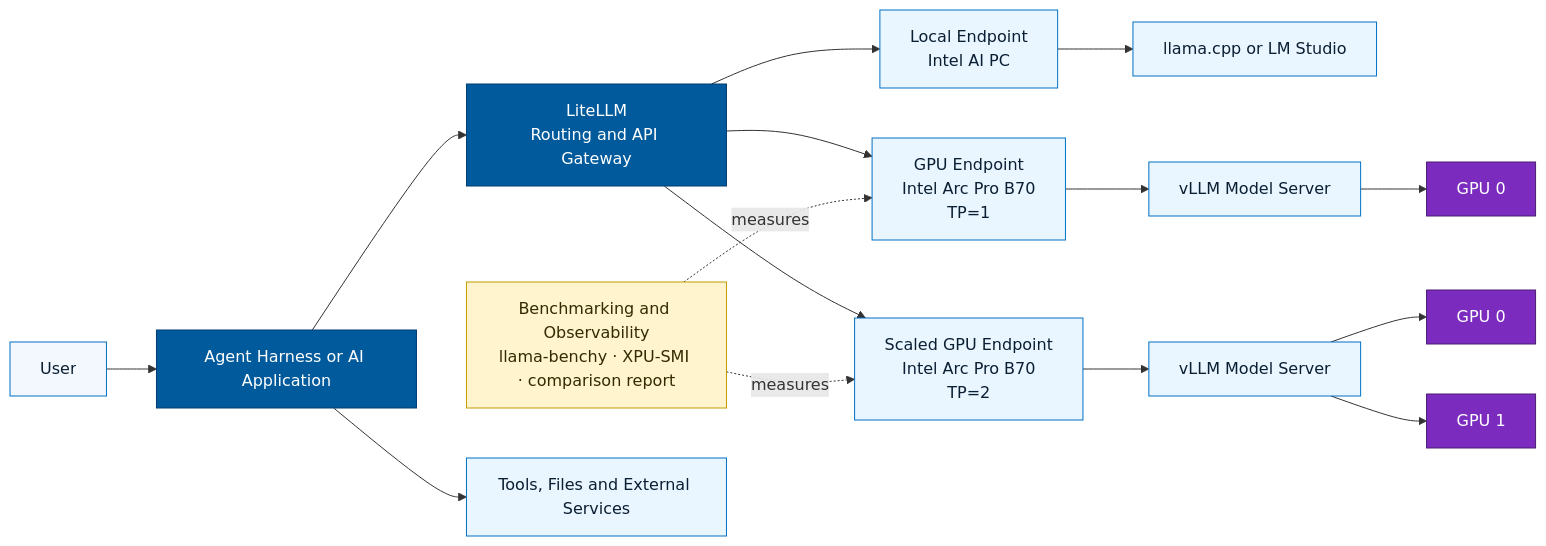
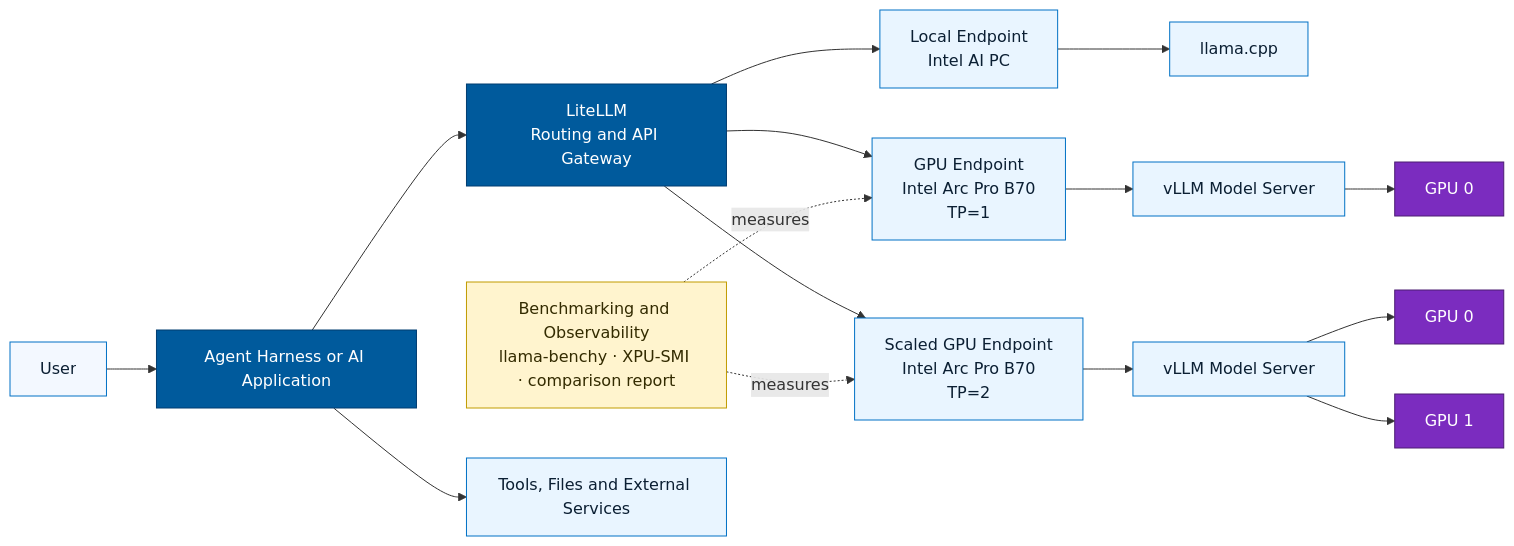
Before and after one commit to malcolmchanhaoxian/Intel-SG-Workshop-2026: the eighth of 9 diagrams in README.md, drawn with Mermaid. The commit also changed other lines of this file, not shown here.

````diff
--- a/README.md
+++ b/README.md
@@ -555,38 +555,38 @@
 ```mermaid
 flowchart LR
     USER["User"] --> UI["Agent Harness or AI Application"]
 
     UI --> ROUTER["LiteLLM<br/>Routing and API Gateway"]
 
     ROUTER --> LOCAL["Local Endpoint<br/>Intel AI PC"]
     ROUTER --> GPU1["GPU Endpoint<br/>Intel Arc Pro B70<br/>TP=1"]
     ROUTER --> GPU2["Scaled GPU Endpoint<br/>Intel Arc Pro B70<br/>TP=2"]
 
-    LOCAL --> LLAMA["llama.cpp or LM Studio"]
+    LOCAL --> LLAMA["llama.cpp"]
     GPU1 --> VLLM1["vLLM Model Server"]
     GPU2 --> VLLM2["vLLM Model Server"]
 
     VLLM1 --> G1["GPU 0"]
     VLLM2 --> G2["GPU 0"]
     VLLM2 --> G3["GPU 1"]
 
     OBS["Benchmarking and Observability<br/>llama-benchy · XPU-SMI · comparison report"]
 
     OBS -. measures .-> GPU1
     OBS -. measures .-> GPU2
 
     TOOLS["Tools, Files and External Services"]
     UI --> TOOLS
 
     classDef user fill:#f3f8ff,stroke:#0071c5,color:#0b1f33;
     classDef control fill:#005a9c,stroke:#003c71,color:#ffffff;
     classDef endpoint fill:#e9f5ff,stroke:#0071c5,color:#0b1f33;
     classDef gpu fill:#7b2cbf,stroke:#4c1d73,color:#ffffff;
     classDef observe fill:#fff4ce,stroke:#c19c00,color:#332b00;
 
     class USER user;
     class UI,ROUTER control;
     class LOCAL,GPU1,GPU2,LLAMA,VLLM1,VLLM2,TOOLS endpoint;
     class G1,G2,G3 gpu;
     class OBS observe;
 ```
````
